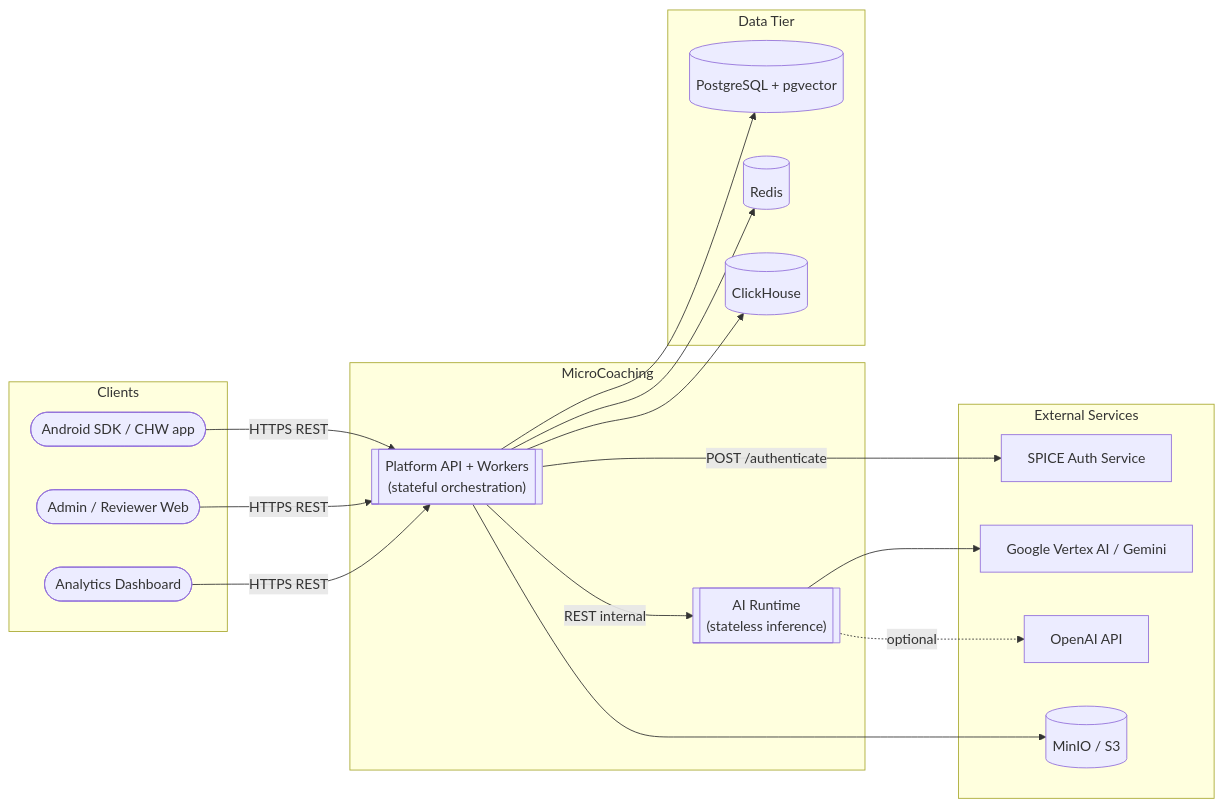
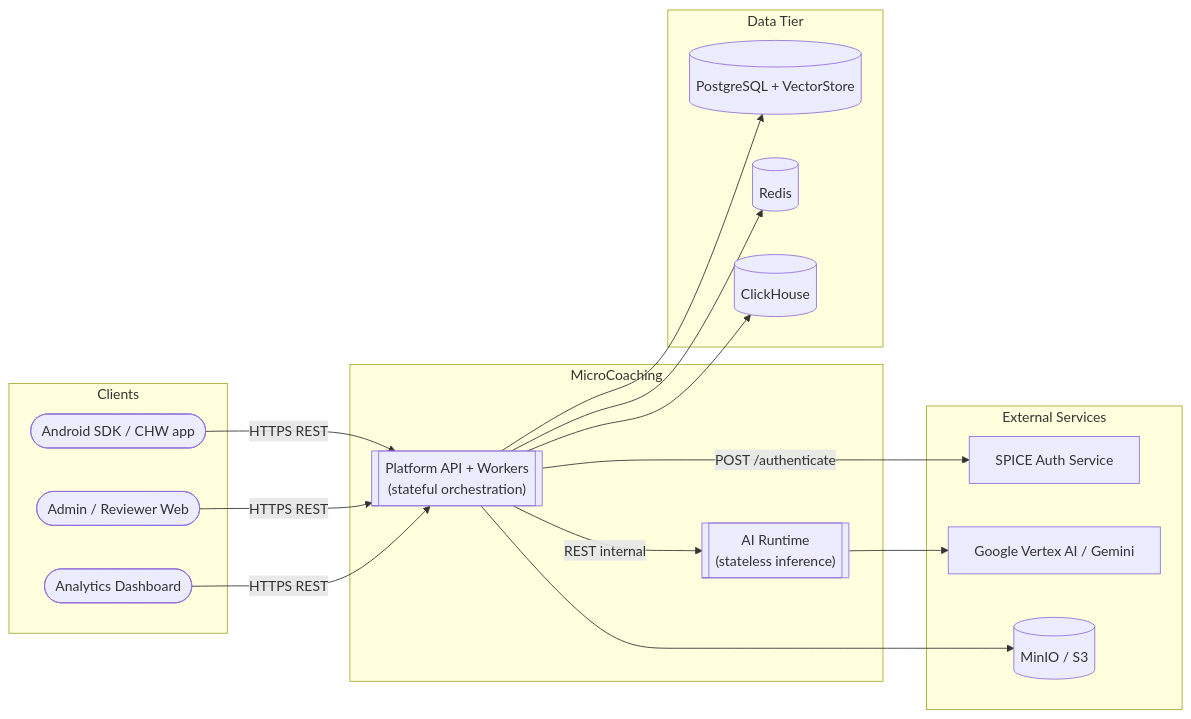
Before and after one commit to sanket04-beehyv/spice-coaching: the first of 11 diagrams in docs/ARCHITECTURE.md, drawn with Mermaid. The commit also changed other lines of this file and 501 other files, not shown here.

````diff
--- a/docs/ARCHITECTURE.md
+++ b/docs/ARCHITECTURE.md
@@ -57,38 +57,36 @@
 ```mermaid
 graph LR
     subgraph "Clients"
         AndroidSDK([Android SDK / CHW app])
         AdminWeb([Admin / Reviewer Web])
         AnalyticsUI([Analytics Dashboard])
     end
 
     subgraph "MicroCoaching"
         Platform[["Platform API + Workers\n(stateful orchestration)"]]
         AIRuntime[["AI Runtime\n(stateless inference)"]]
     end
 
     subgraph "External Services"
         SPICE[SPICE Auth Service]
         Vertex[Google Vertex AI / Gemini]
-        OpenAI[OpenAI API]
         MinIO[(MinIO / S3)]
     end
 
     subgraph "Data Tier"
-        PG[(PostgreSQL + pgvector)]
+        PG[(PostgreSQL + VectorStore)]
         Redis[(Redis)]
         CH[(ClickHouse)]
     end
 
     AndroidSDK -->|HTTPS REST| Platform
     AdminWeb -->|HTTPS REST| Platform
     AnalyticsUI -->|HTTPS REST| Platform
     Platform -->|POST /authenticate| SPICE
     Platform -->|REST internal| AIRuntime
     Platform --> PG
     Platform --> Redis
     Platform --> CH
     Platform --> MinIO
     AIRuntime --> Vertex
-    AIRuntime -.->|optional| OpenAI
 ```
````
